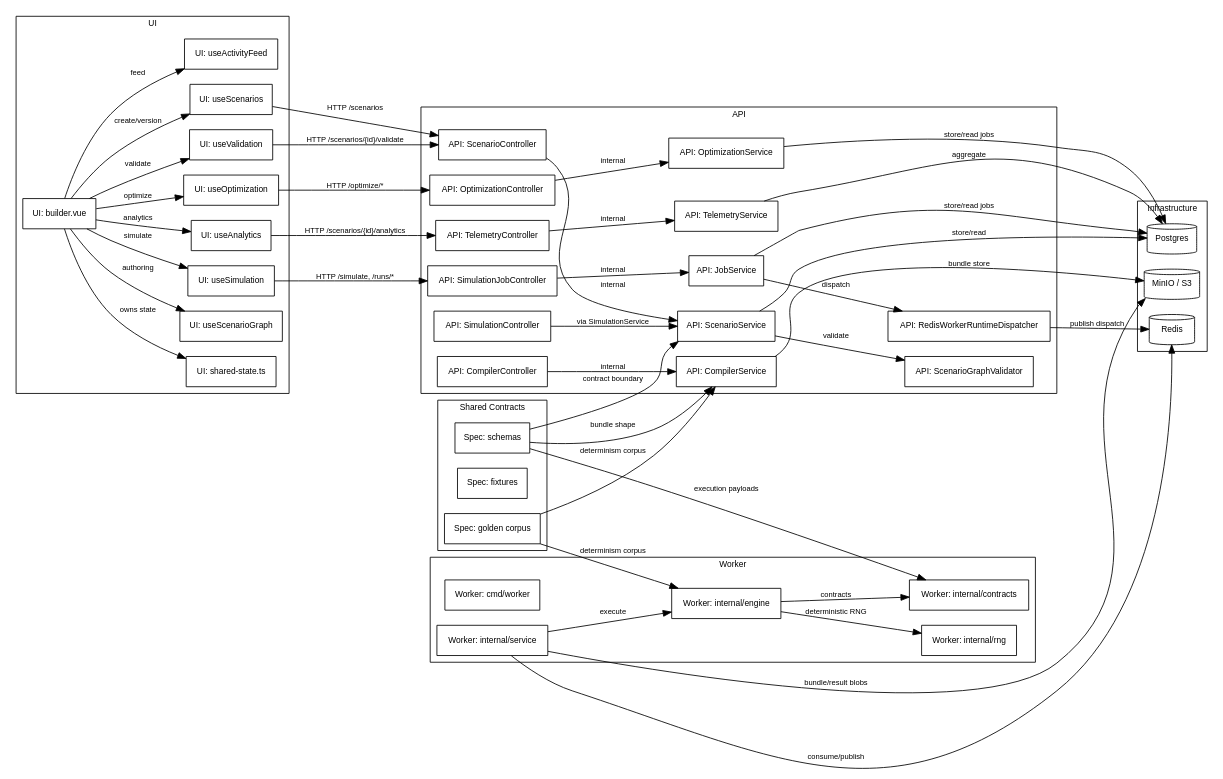
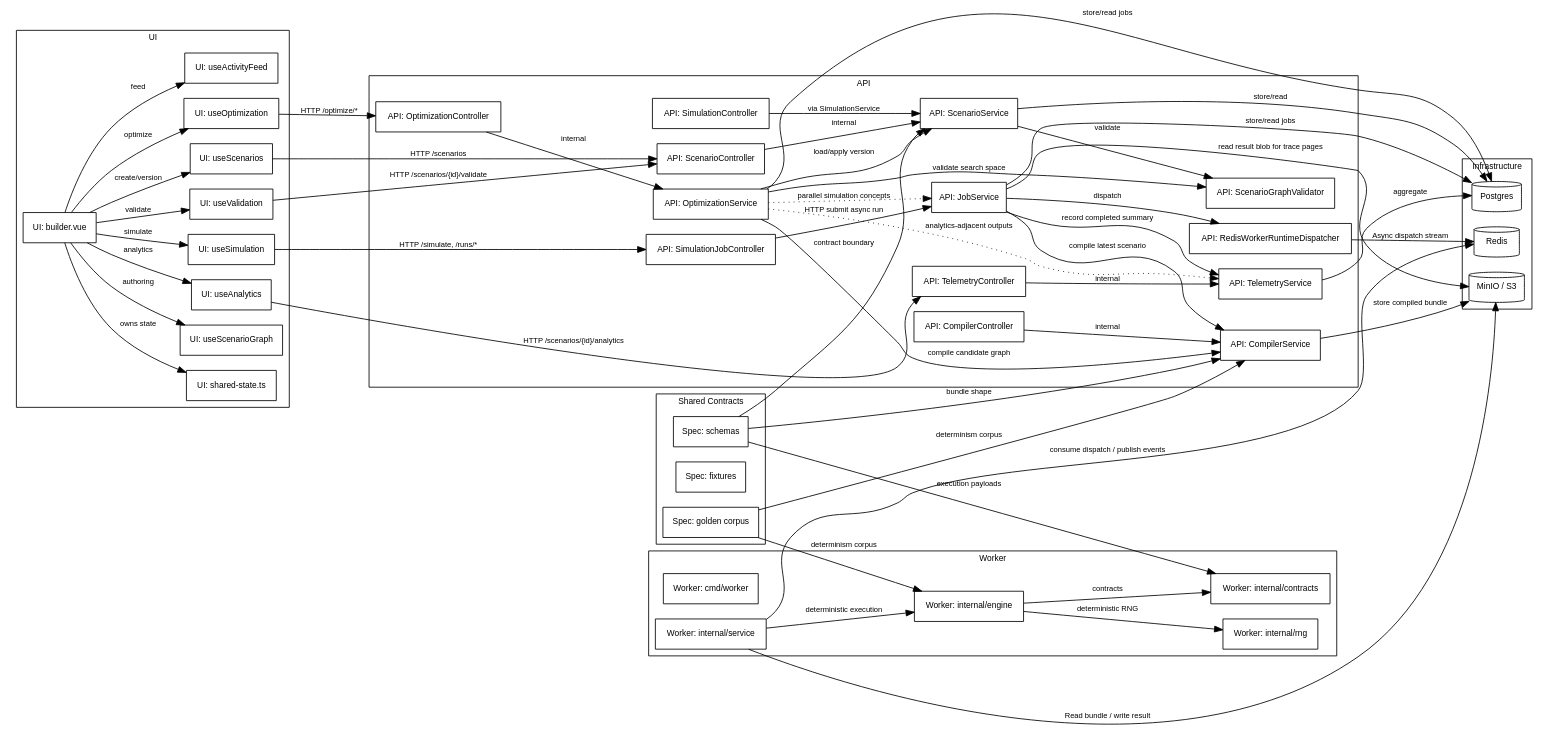
The diagram in docs/architecture/knowledge-graph.dot (danagbemava/athanor), drawn with Graphviz before and after one commit. The commit also changed 1 other file, not shown here.

Commit message:
Add runtime flows to Athanor knowledge graph

```diff
--- a/docs/architecture/knowledge-graph.dot
+++ b/docs/architecture/knowledge-graph.dot
@@ -1,101 +1,109 @@
 digraph athanor_knowledge_graph {
   rankdir=LR;
   graph [fontsize=10, fontname="Helvetica", compound=true];
   node [shape=box, fontsize=10, fontname="Helvetica"];
   edge [fontsize=9, fontname="Helvetica"];
 
   subgraph cluster_ui {
     label="UI";
     builder [label="UI: builder.vue"];
     shared_state [label="UI: shared-state.ts"];
     use_graph [label="UI: useScenarioGraph"];
     use_validation [label="UI: useValidation"];
     use_scenarios [label="UI: useScenarios"];
     use_simulation [label="UI: useSimulation"];
     use_optimization [label="UI: useOptimization"];
     use_analytics [label="UI: useAnalytics"];
     use_activity [label="UI: useActivityFeed"];
   }
 
   subgraph cluster_api {
     label="API";
     scenario_controller [label="API: ScenarioController"];
     scenario_service [label="API: ScenarioService"];
     graph_validator [label="API: ScenarioGraphValidator"];
     compiler_controller [label="API: CompilerController"];
     compiler_service [label="API: CompilerService"];
     simulation_controller [label="API: SimulationController"];
     simulation_job_controller [label="API: SimulationJobController"];
     job_service [label="API: JobService"];
     optimization_controller [label="API: OptimizationController"];
     optimization_service [label="API: OptimizationService"];
     telemetry_controller [label="API: TelemetryController"];
     telemetry_service [label="API: TelemetryService"];
     redis_dispatcher [label="API: RedisWorkerRuntimeDispatcher"];
   }
 
   subgraph cluster_worker {
     label="Worker";
     worker_entry [label="Worker: cmd/worker"];
     worker_runtime [label="Worker: internal/service"];
     worker_engine [label="Worker: internal/engine"];
     worker_contracts [label="Worker: internal/contracts"];
     worker_rng [label="Worker: internal/rng"];
   }
 
   subgraph cluster_spec {
     label="Shared Contracts";
     spec_schemas [label="Spec: schemas"];
     spec_fixtures [label="Spec: fixtures"];
     spec_golden [label="Spec: golden corpus"];
   }
 
   subgraph cluster_infra {
     label="Infrastructure";
     postgres [label="Postgres", shape=cylinder];
     redis [label="Redis", shape=cylinder];
     minio [label="MinIO / S3", shape=cylinder];
   }
 
   builder -> shared_state [label="owns state"];
   builder -> use_graph [label="authoring"];
   builder -> use_validation [label="validate"];
   builder -> use_scenarios [label="create/version"];
   builder -> use_simulation [label="simulate"];
   builder -> use_optimization [label="optimize"];
   builder -> use_analytics [label="analytics"];
   builder -> use_activity [label="feed"];
 
   use_scenarios -> scenario_controller [label="HTTP /scenarios"];
   use_validation -> scenario_controller [label="HTTP /scenarios/{id}/validate"];
   use_simulation -> simulation_job_controller [label="HTTP /simulate, /runs/*"];
   use_optimization -> optimization_controller [label="HTTP /optimize/*"];
   use_analytics -> telemetry_controller [label="HTTP /scenarios/{id}/analytics"];
 
   scenario_controller -> scenario_service [label="internal"];
   scenario_service -> graph_validator [label="validate"];
   compiler_controller -> compiler_service [label="internal"];
   simulation_controller -> scenario_service [label="via SimulationService"];
-  simulation_job_controller -> job_service [label="internal"];
+  simulation_job_controller -> job_service [label="HTTP submit async run"];
   optimization_controller -> optimization_service [label="internal"];
   telemetry_controller -> telemetry_service [label="internal"];
+  job_service -> compiler_service [label="compile latest scenario"];
   job_service -> redis_dispatcher [label="dispatch"];
+  job_service -> telemetry_service [label="record completed summary"];
+  job_service -> minio [label="read result blob for trace pages"];
 
   scenario_service -> postgres [label="store/read"];
   job_service -> postgres [label="store/read jobs"];
   optimization_service -> postgres [label="store/read jobs"];
   telemetry_service -> postgres [label="aggregate"];
-  compiler_service -> minio [label="bundle store"];
-  redis_dispatcher -> redis [label="publish dispatch"];
-  worker_runtime -> redis [label="consume/publish"];
-  worker_runtime -> minio [label="bundle/result blobs"];
-  worker_runtime -> worker_engine [label="execute"];
+  compiler_service -> minio [label="store compiled bundle"];
+  redis_dispatcher -> redis [label="Async dispatch stream"];
+  worker_runtime -> redis [label="consume dispatch / publish events"];
+  worker_runtime -> minio [label="Read bundle / write result"];
+  worker_runtime -> worker_engine [label="deterministic execution"];
   worker_engine -> worker_contracts [label="contracts"];
   worker_engine -> worker_rng [label="deterministic RNG"];
+  optimization_service -> scenario_service [label="load/apply version"];
+  optimization_service -> graph_validator [label="validate search space"];
+  optimization_service -> compiler_service [label="compile candidate graph"];
+  optimization_service -> job_service [style=dotted, label="parallel simulation concepts"];
+  optimization_service -> telemetry_service [style=dotted, label="analytics-adjacent outputs"];
 
   spec_schemas -> scenario_service [label="contract boundary"];
   spec_schemas -> compiler_service [label="bundle shape"];
   spec_schemas -> worker_contracts [label="execution payloads"];
   spec_golden -> compiler_service [label="determinism corpus"];
   spec_golden -> worker_engine [label="determinism corpus"];
 }
```
